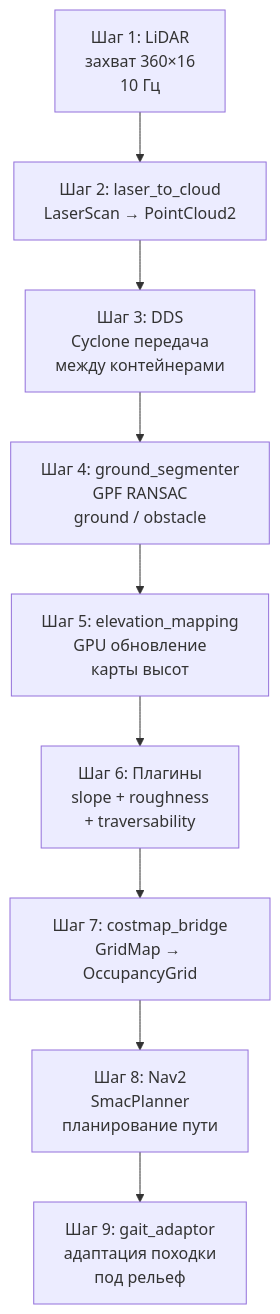
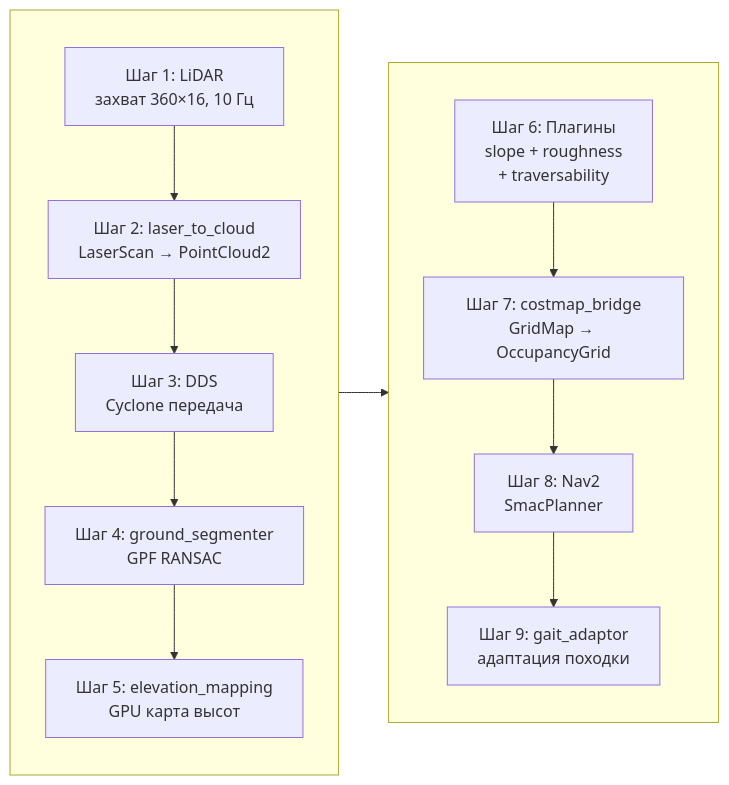
The second of 2 diagrams in docs/NIRS/ch3_02_architecture.md (RedAlexDad/WalkingRobotSim), drawn with Mermaid before and after one commit.

Commit message:
fix: разбить диаграмму потока данных на две колонки (5+4)

````diff
--- a/docs/NIRS/ch3_02_architecture.md
+++ b/docs/NIRS/ch3_02_architecture.md
@@ -101,14 +101,21 @@
 ```mermaid
-flowchart TB
-    A["Шаг 1: LiDAR<br/>захват 360×16<br/>10 Гц"]
-    B["Шаг 2: laser_to_cloud<br/>LaserScan → PointCloud2"]
-    C["Шаг 3: DDS<br/>Cyclone передача<br/>между контейнерами"]
-    D["Шаг 4: ground_segmenter<br/>GPF RANSAC<br/>ground / obstacle"]
-    E["Шаг 5: elevation_mapping<br/>GPU обновление<br/>карты высот"]
-    F["Шаг 6: Плагины<br/>slope + roughness<br/>+ traversability"]
-    G["Шаг 7: costmap_bridge<br/>GridMap → OccupancyGrid"]
-    H["Шаг 8: Nav2<br/>SmacPlanner<br/>планирование пути"]
-    I["Шаг 9: gait_adaptor<br/>адаптация походки<br/>под рельеф"]
-
-    A --> B --> C --> D --> E --> F --> G --> H --> I
+flowchart LR
+    subgraph L[" "]
+        direction TB
+        A["Шаг 1: LiDAR<br/>захват 360×16, 10 Гц"]
+        B["Шаг 2: laser_to_cloud<br/>LaserScan → PointCloud2"]
+        C["Шаг 3: DDS<br/>Cyclone передача"]
+        D["Шаг 4: ground_segmenter<br/>GPF RANSAC"]
+        E["Шаг 5: elevation_mapping<br/>GPU карта высот"]
+        A --> B --> C --> D --> E
+    end
+    subgraph R[" "]
+        direction TB
+        F["Шаг 6: Плагины<br/>slope + roughness<br/>+ traversability"]
+        G["Шаг 7: costmap_bridge<br/>GridMap → OccupancyGrid"]
+        H["Шаг 8: Nav2<br/>SmacPlanner"]
+        I["Шаг 9: gait_adaptor<br/>адаптация походки"]
+        F --> G --> H --> I
+    end
+    E --> F
 ```
````
